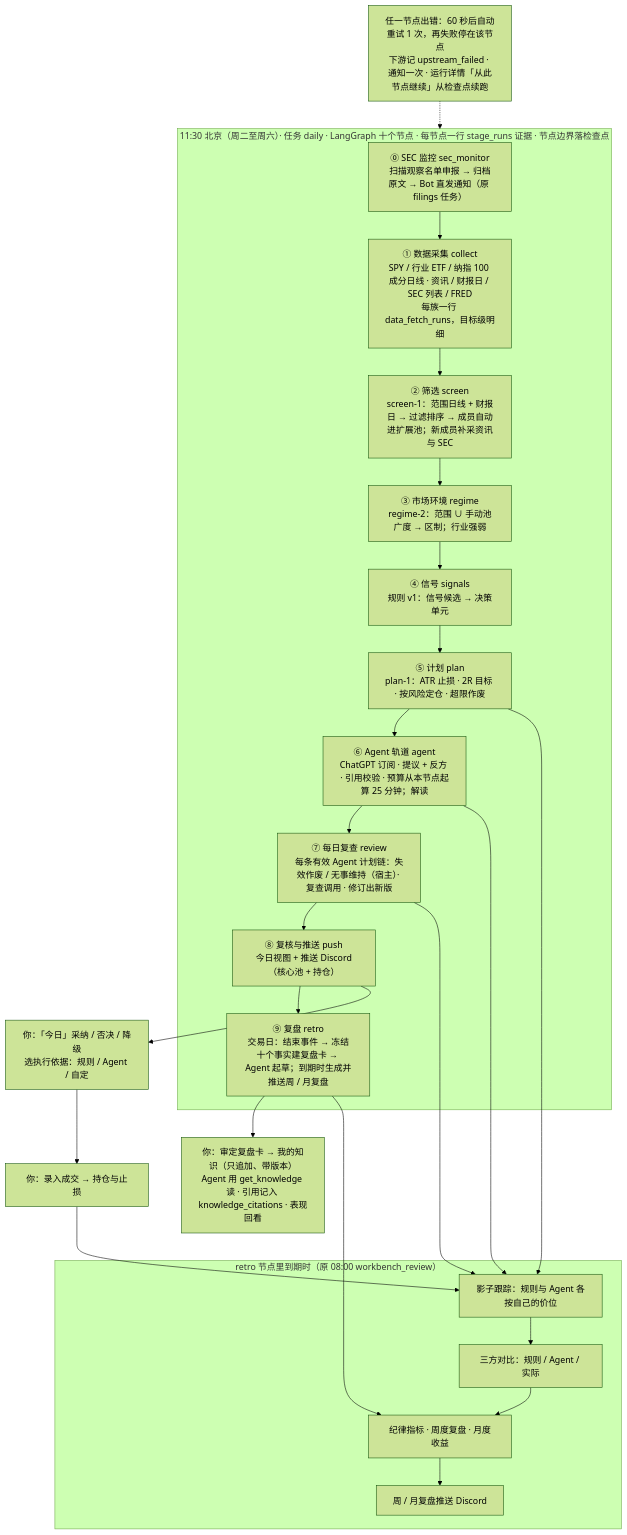
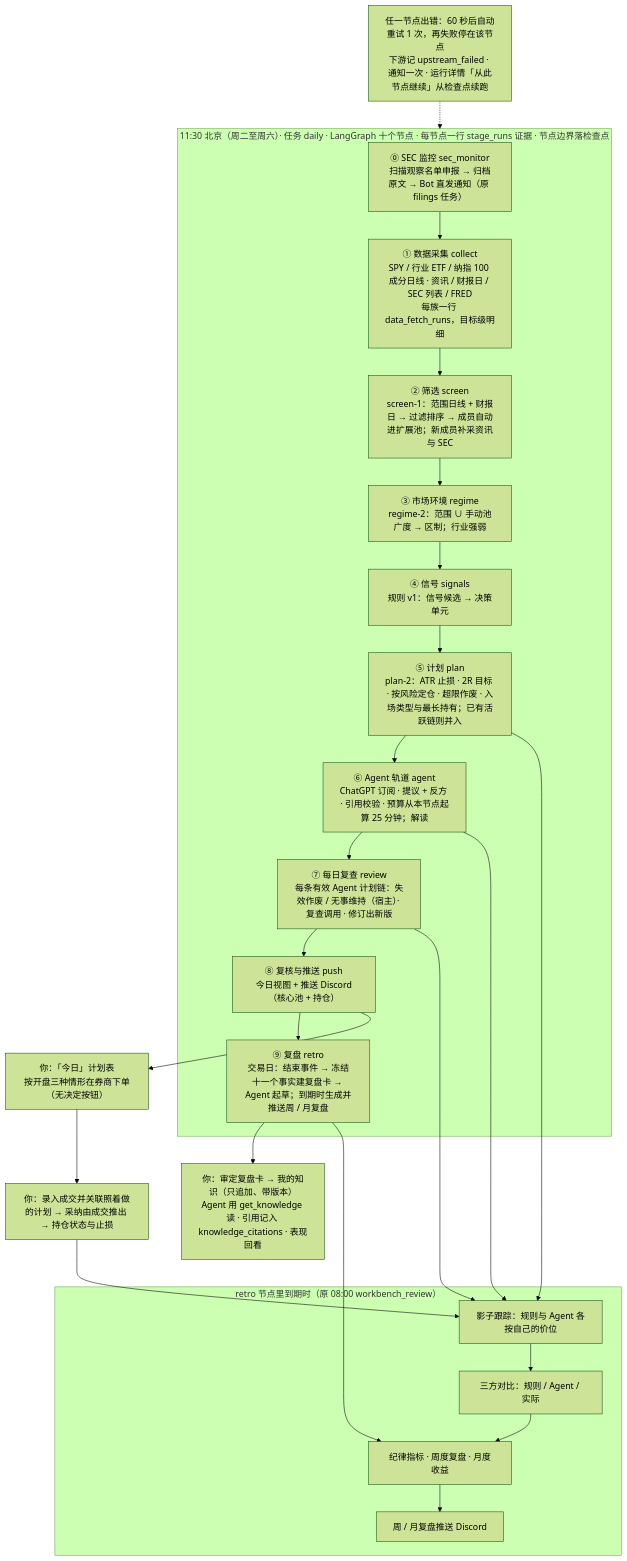
The diagram in docs/architecture.md (jianjustin/investment-assistant), drawn with Mermaid (forest theme) before and after one commit. The commit also changed other lines of this file and 74 other files, not shown here.

First line of the commit message:
feat(workbench): plan table and history views, trades link plans, decisions retired, review-8 / monthly-4 / retro-2

````diff
--- a/docs/architecture.md
+++ b/docs/architecture.md
@@ -116,28 +119,28 @@
 ```mermaid
 flowchart TD
     subgraph daily["11:30 北京（周二至周六）· 任务 daily · LangGraph 十个节点 · 每节点一行 stage_runs 证据 · 节点边界落检查点"]
         S0["⓪ SEC 监控 sec_monitor<br/>扫描观察名单申报 → 归档原文 → Bot 直发通知（原 filings 任务）"] --> A["① 数据采集 collect<br/>SPY / 行业 ETF / 纳指 100 成分日线 · 资讯 / 财报日 / SEC 列表 / FRED<br/>每族一行 data_fetch_runs，目标级明细"]
         A --> A2["② 筛选 screen<br/>screen-1：范围日线 + 财报日 → 过滤排序 → 成员自动进扩展池；新成员补采资讯与 SEC"]
         A2 --> B2["③ 市场环境 regime<br/>regime-2：范围 ∪ 手动池广度 → 区制；行业强弱"]
         B2 --> C["④ 信号 signals<br/>规则 v1：信号候选 → 决策单元"]
-        C --> D["⑤ 计划 plan<br/>plan-1：ATR 止损 · 2R 目标 · 按风险定仓 · 超限作废"]
+        C --> D["⑤ 计划 plan<br/>plan-2：ATR 止损 · 2R 目标 · 按风险定仓 · 超限作废 · 入场类型与最长持有；已有活跃链则并入"]
         D --> E["⑥ Agent 轨道 agent<br/>ChatGPT 订阅 · 提议 + 反方 · 引用校验 · 预算从本节点起算 25 分钟；解读"]
         E --> R["⑦ 每日复查 review<br/>每条有效 Agent 计划链：失效作废 / 无事维持（宿主）· 复查调用 · 修订出新版"]
         R --> F["⑧ 复核与推送 push<br/>今日视图 + 推送 Discord（核心池 + 持仓）"]
-        F --> RC["⑨ 复盘 retro<br/>交易日：结束事件 → 冻结十个事实建复盘卡 → Agent 起草；到期时生成并推送周 / 月复盘"]
+        F --> RC["⑨ 复盘 retro<br/>交易日：结束事件 → 冻结十一个事实建复盘卡 → Agent 起草；到期时生成并推送周 / 月复盘"]
     end
-    F --> G["你：「今日」采纳 / 否决 / 降级<br/>选执行依据：规则 / Agent / 自定"]
-    G --> H["你：录入成交 → 持仓与止损"]
+    F --> G["你：「今日」计划表<br/>按开盘三种情形在券商下单（无决定按钮）"]
+    G --> H["你：录入成交并关联照着做的计划 → 采纳由成交推出 → 持仓状态与止损"]
     RC --> V["你：审定复盘卡 → 我的知识（只追加、带版本）<br/>Agent 用 get_knowledge 读 · 引用记入 knowledge_citations · 表现回看"]
     subgraph weekly["retro 节点里到期时（原 08:00 workbench_review）"]
         I["影子跟踪：规则与 Agent 各按自己的价位"] --> J["三方对比：规则 / Agent / 实际"]
         J --> K["纪律指标 · 周度复盘 · 月度收益"]
         K --> L["周 / 月复盘推送 Discord"]
     end
     H --> I
     D --> I
     E --> I
     R --> I
     RC --> K
     X["任一节点出错：60 秒后自动重试 1 次，再失败停在该节点<br/>下游记 upstream_failed · 通知一次 · 运行详情「从此节点继续」从检查点续跑"] -.-> daily
 ```
````
